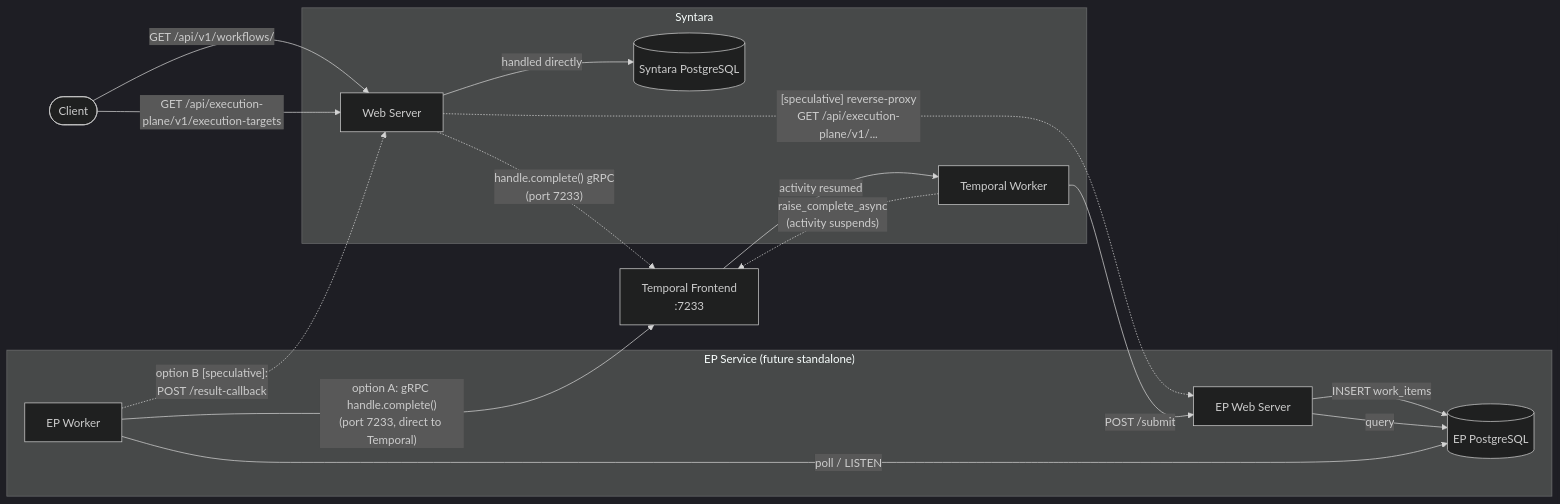
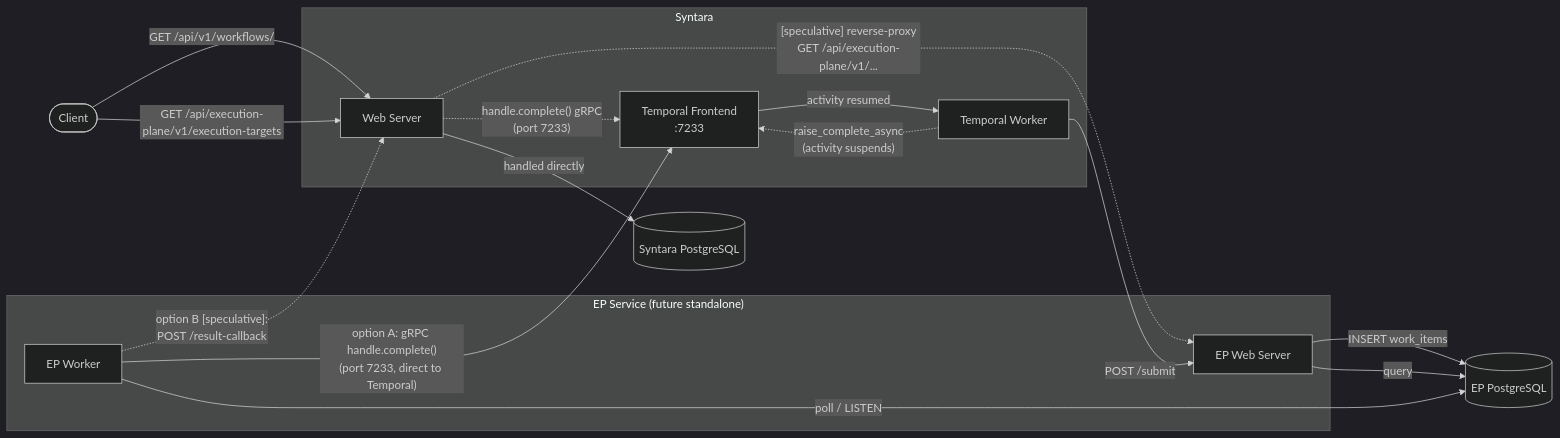
Before and after one commit to AlanCoding/syntara: the second of 2 diagrams in backend/docs/execution-plane-integration.md, drawn with Mermaid (dark theme).

Commit message:
docs(ep): move both PostgreSQL instances outside subgraphs in future-state diagram
Consistent with the current-state diagram: databases sit outside the service
boxes in both diagrams. Temporal Frontend moves into the Syntara subgraph in
the future-state diagram to match the current-state layout.

````diff
--- a/backend/docs/execution-plane-integration.md
+++ b/backend/docs/execution-plane-integration.md
@@ -62,37 +62,36 @@
 ```mermaid
 flowchart LR
     C([Client])
+    SDB[("Syntara PostgreSQL")]
+    EPDB[("EP PostgreSQL")]
 
     subgraph syn["Syntara"]
         SW["Web Server"]
         STW["Temporal Worker"]
-        SDB[("Syntara PostgreSQL")]
+        T["Temporal Frontend\n:7233"]
     end
 
     subgraph epservice["EP Service (future standalone)"]
         EPWS["EP Web Server"]
         EPW["EP Worker"]
-        EPDB[("EP PostgreSQL")]
     end
-
-    T["Temporal Frontend\n:7233"]
 
     C -->|"GET /api/v1/workflows/"| SW
     C -->|"GET /api/execution-plane/v1/execution-targets"| SW
 
     SW -->|"handled directly"| SDB
     SW -. "[speculative] reverse-proxy\nGET /api/execution-plane/v1/..." .-> EPWS
 
     STW -->|"POST /submit"| EPWS
     EPWS -->|"INSERT work_items"| EPDB
     STW -.->|"raise_complete_async\n(activity suspends)"| T
 
     EPWS -->|"query"| EPDB
     EPW -->|"poll / LISTEN"| EPDB
 
     EPW -->|"option A: gRPC handle.complete()\n(port 7233, direct to Temporal)"| T
     T -->|"activity resumed"| STW
 
     EPW -. "option B [speculative]:\nPOST /result-callback" .-> SW
     SW -. "handle.complete() gRPC\n(port 7233)" .-> T
 ```
````
